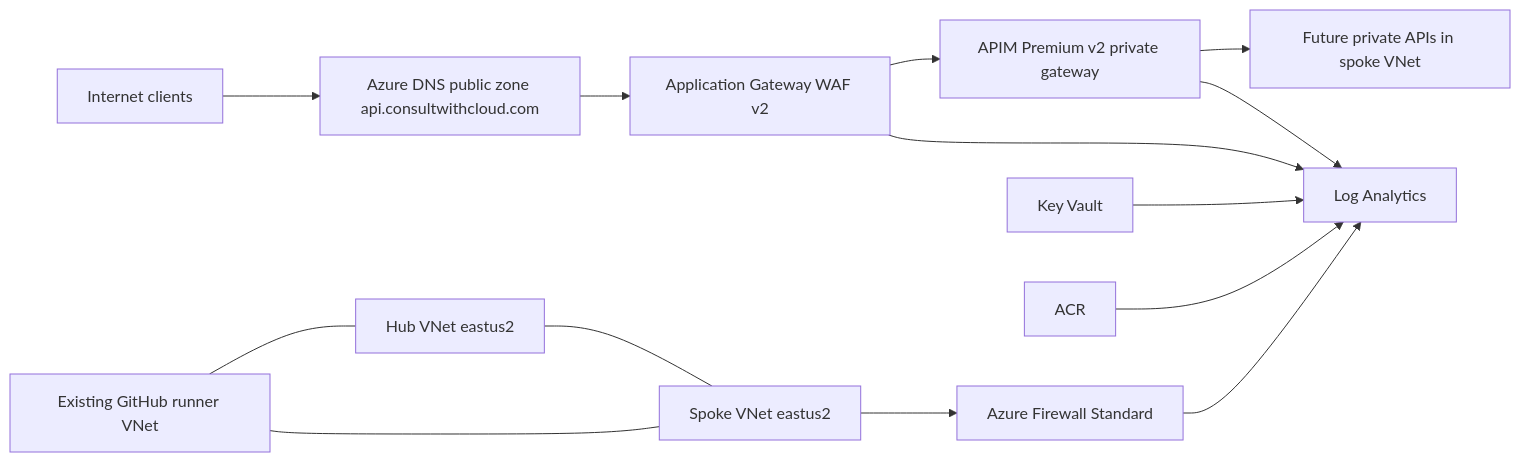
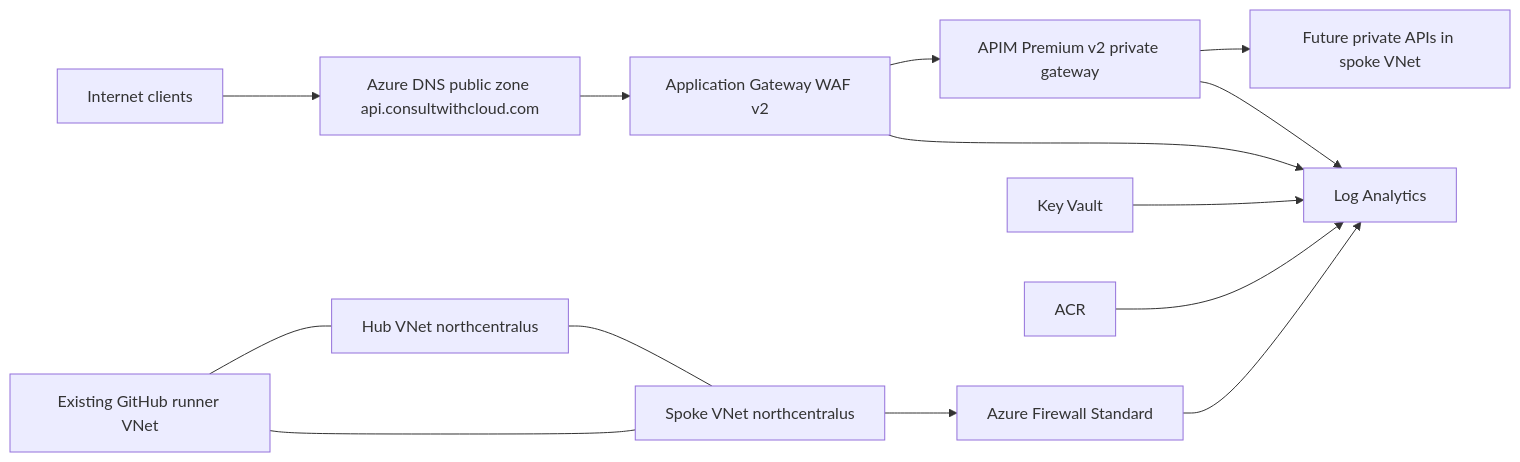
The diagram in design-log/001-hub-spoke-apim-edge-platform.md (collaborationwithothers/azure-apim-ai-gateway-architecture-lab), drawn with Mermaid before and after one commit. The commit also changed other lines of this file and 24 other files, not shown here.

First line of the commit message:
Update deployment region from eastus2 to northcentralus for hub-spoke APIM edge platform

````diff
--- a/design-log/001-hub-spoke-apim-edge-platform.md
+++ b/design-log/001-hub-spoke-apim-edge-platform.md
@@ -95,18 +95,18 @@
 ```mermaid
 flowchart LR
   internet[Internet clients] --> dns[Azure DNS public zone api.consultwithcloud.com]
   dns --> appgw[Application Gateway WAF v2]
   appgw --> apim[APIM Premium v2 private gateway]
   apim --> spoke[Future private APIs in spoke VNet]
 
-  runner[Existing GitHub runner VNet] --- hub[Hub VNet eastus2]
-  runner --- spokeVnet[Spoke VNet eastus2]
+  runner[Existing GitHub runner VNet] --- hub[Hub VNet northcentralus]
+  runner --- spokeVnet[Spoke VNet northcentralus]
   hub --- spokeVnet
 
   spokeVnet --> fw[Azure Firewall Standard]
   appgw --> law[Log Analytics]
   apim --> law
   fw --> law
   kv[Key Vault] --> law
   acr[ACR] --> law
 ```
````
